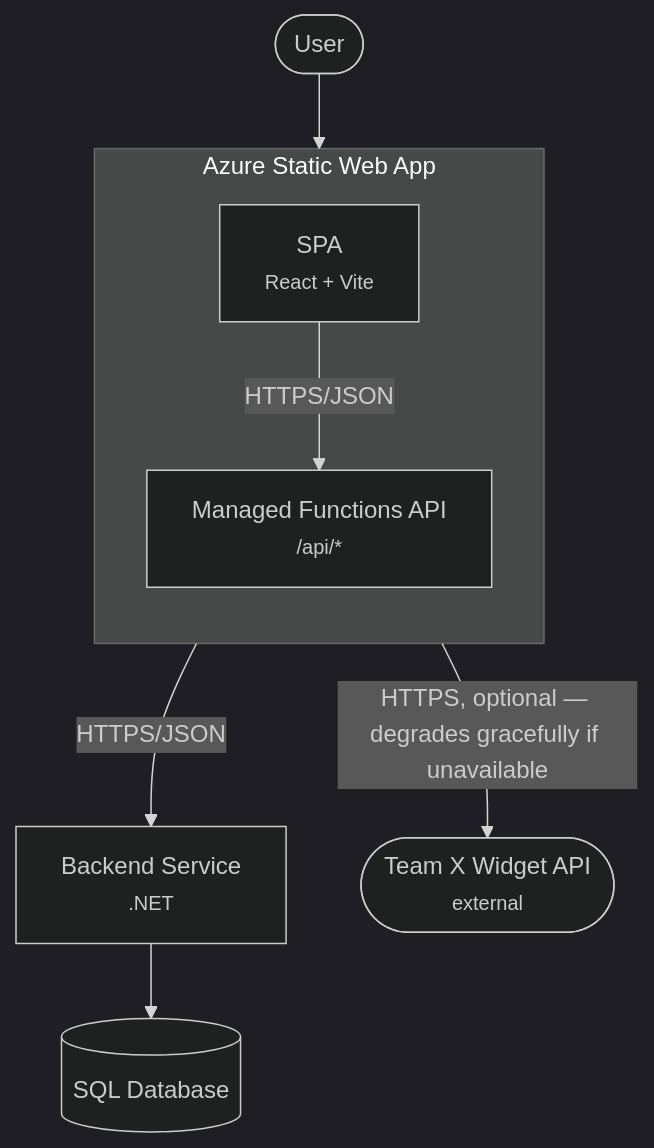
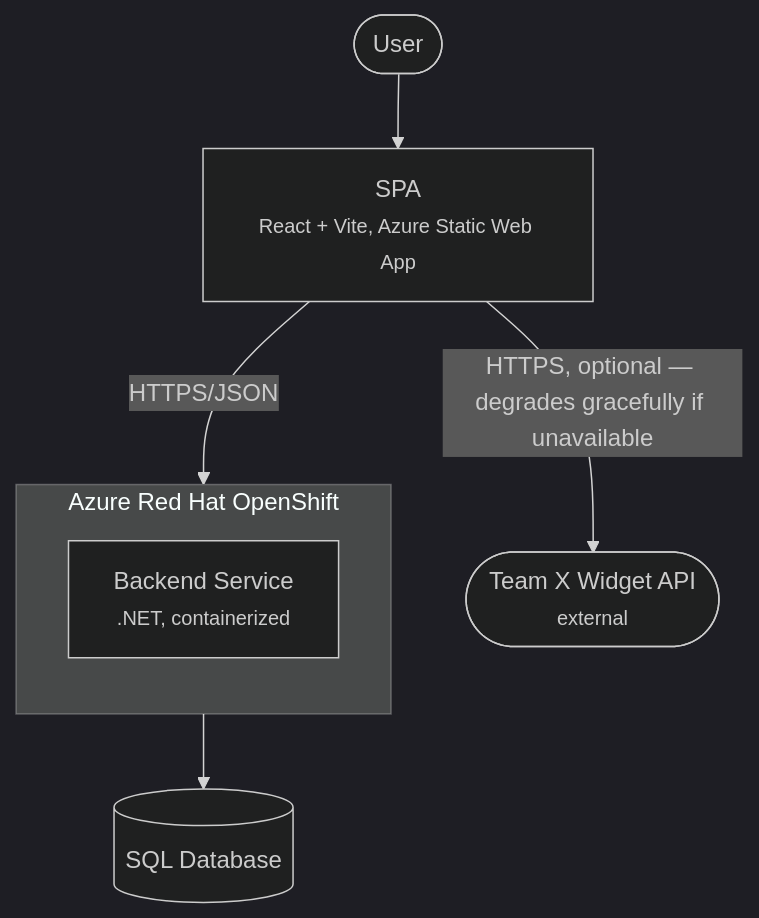
One commit to tobiasbernting/architecture-skill changed the second of 3 diagrams in architecture-grill/C4-FORMAT.md. Above: the diagram before and after it, drawn with Mermaid (dark theme). The commit also changed other lines of this file and 2 other files, not shown here.

````diff
--- a/architecture-grill/C4-FORMAT.md
+++ b/architecture-grill/C4-FORMAT.md
@@ -38,20 +41,18 @@
 ```mermaid
 flowchart TD
   user(["User"])
+  spa["SPA<br/><small>React + Vite, Azure Static Web App</small>"]
 
-  subgraph swa["Azure Static Web App"]
+  subgraph aro["Azure Red Hat OpenShift"]
     direction TB
-    spa["SPA<br/><small>React + Vite</small>"]
-    func["Managed Functions API<br/><small>/api/*</small>"]
+    api["Backend Service<br/><small>.NET, containerized</small>"]
   end
 
-  api["Backend Service<br/><small>.NET</small>"]
   db[("SQL Database")]
   widget(["Team X Widget API<br/><small>external</small>"])
 
   user --> spa
-  spa -->|HTTPS/JSON| func
-  func -->|HTTPS/JSON| api
+  spa -->|HTTPS/JSON| api
   api --> db
   spa -->|"HTTPS, optional — degrades gracefully if unavailable"| widget
 ```
````
